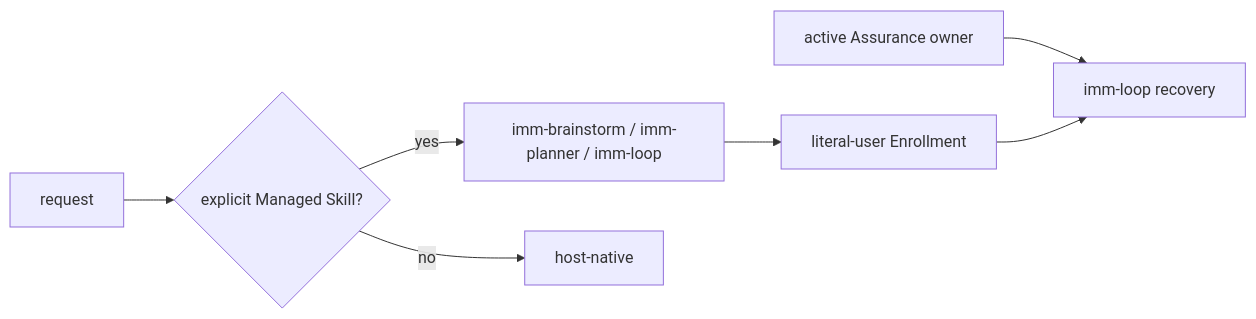
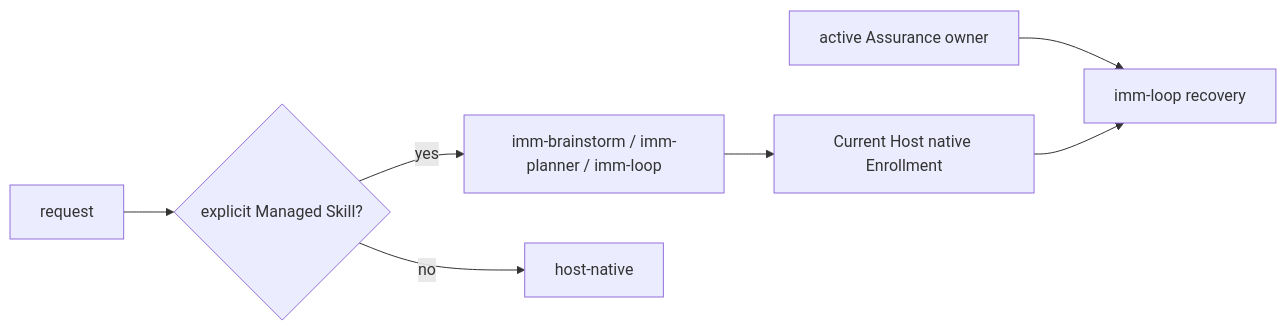
The first of 2 diagrams in plugins/immune-brain/README.md (dereknex/immune-brain), drawn with Mermaid before and after one commit. The commit also changed other lines of this file and 33 other files, not shown here.

````diff
--- a/plugins/immune-brain/README.md
+++ b/plugins/immune-brain/README.md
@@ -40,9 +40,9 @@
 ```mermaid
 flowchart LR
   request[request] --> explicit{explicit Managed Skill?}
   explicit -->|yes| skill[imm-brainstorm / imm-planner / imm-loop]
   explicit -->|no| host[host-native]
   owner[active Assurance owner] --> loop[imm-loop recovery]
-  skill --> enroll[literal-user Enrollment]
-  enroll --> loop
+  skill --> native[Current Host native Enrollment]
+  native --> loop
 ```
````
